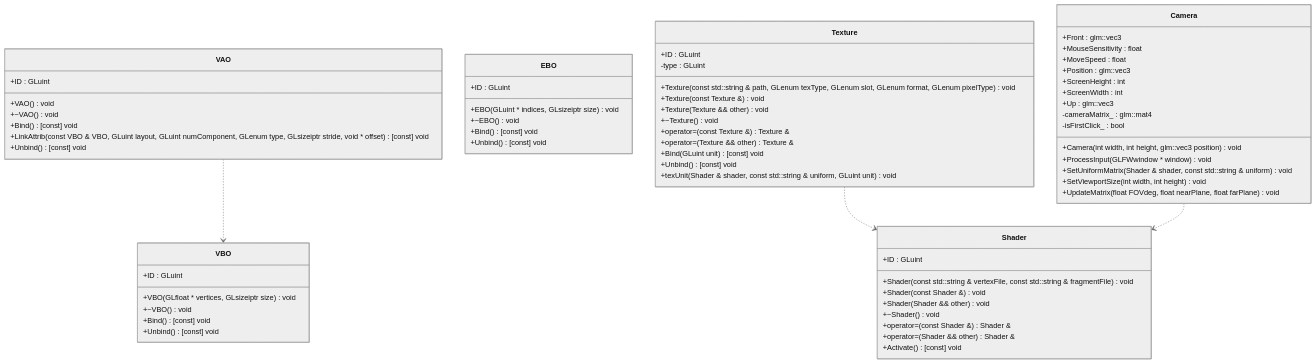
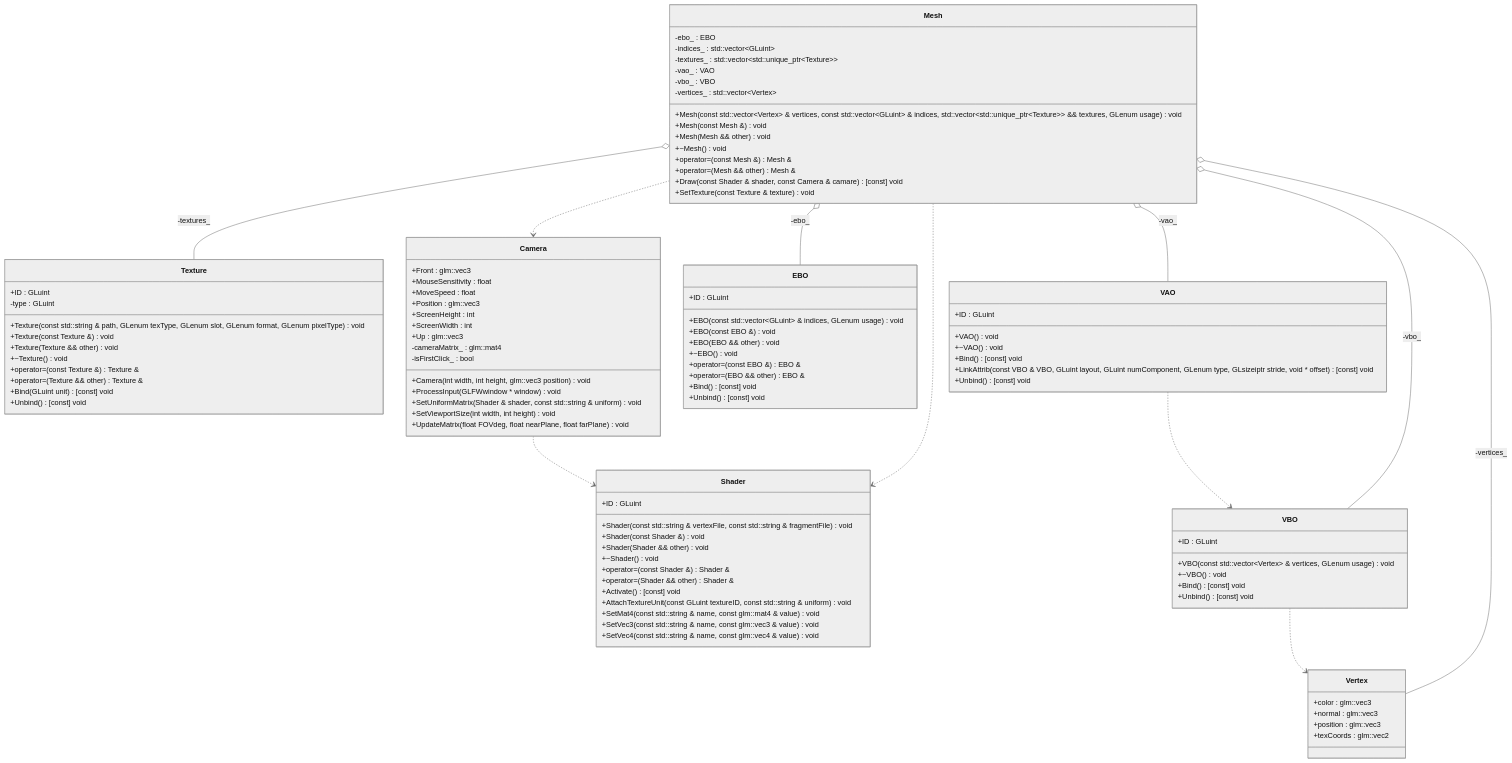
One commit to Montmont20z/CubicaWorld changed the diagram in diagrams/cubica_class.mmd. Above: the diagram before and after it, drawn with Mermaid (neutral theme). The commit also changed 1 other file, not shown here.

Commit message:
update uml diagram

```diff
--- a/diagrams/cubica_class.mmd
+++ b/diagrams/cubica_class.mmd
@@ -1,74 +1,112 @@
 classDiagram
+    class C_0010942968540697269095["Texture"]
+    class C_0010942968540697269095 {
+        +Texture(const std::string & path, GLenum texType, GLenum slot, GLenum format, GLenum pixelType) void
+        +Texture(const Texture &) void
+        +Texture(Texture && other) void
+        +~Texture() void
+        +operator=(const Texture &) Texture &
+        +operator=(Texture && other) Texture &
+        +Bind(GLuint unit) [const] void
+        +Unbind() [const] void
+        +ID : GLuint
+        -type : GLuint
+    }
     class C_0014899929896336503560["Shader"]
     class C_0014899929896336503560 {
         +Shader(const std::string & vertexFile, const std::string & fragmentFile) void
         +Shader(const Shader &) void
         +Shader(Shader && other) void
         +~Shader() void
         +operator=(const Shader &) Shader &
         +operator=(Shader && other) Shader &
         +Activate() [const] void
+        +AttachTextureUnit(const GLuint textureID, const std::string & uniform) void
+        +SetMat4(const std::string & name, const glm::mat4 & value) void
+        +SetVec3(const std::string & name, const glm::vec3 & value) void
+        +SetVec4(const std::string & name, const glm::vec4 & value) void
         +ID : GLuint
+    }
+    class C_0014704110374031903259["Vertex"]
+    class C_0014704110374031903259 {
+        +color : glm::vec3
+        +normal : glm::vec3
+        +position : glm::vec3
+        +texCoords : glm::vec2
     }
     class C_0006077809002304625189["VBO"]
     class C_0006077809002304625189 {
-        +VBO(GLfloat * vertices, GLsizeiptr size) void
+        +VBO(const std::vector&lt;Vertex&gt; & vertices, GLenum usage) void
         +~VBO() void
         +Bind() [const] void
         +Unbind() [const] void
         +ID : GLuint
     }
     class C_0005533647331416267481["VAO"]
     class C_0005533647331416267481 {
         +VAO() void
         +~VAO() void
         +Bind() [const] void
         +LinkAttrib(const VBO & VBO, GLuint layout, GLuint numComponent, GLenum type, GLsizeiptr stride, void * offset) [const] void
         +Unbind() [const] void
         +ID : GLuint
     }
     class C_0004105051469622735371["EBO"]
     class C_0004105051469622735371 {
-        +EBO(GLuint * indices, GLsizeiptr size) void
+        +EBO(const std::vector&lt;GLuint&gt; & indices, GLenum usage) void
+        +EBO(const EBO &) void
+        +EBO(EBO && other) void
         +~EBO() void
+        +operator=(const EBO &) EBO &
+        +operator=(EBO && other) EBO &
         +Bind() [const] void
         +Unbind() [const] void
         +ID : GLuint
-    }
-    class C_0010942968540697269095["Texture"]
-    class C_0010942968540697269095 {
-        +Texture(const std::string & path, GLenum texType, GLenum slot, GLenum format, GLenum pixelType) void
-        +Texture(const Texture &) void
-        +Texture(Texture && other) void
-        +~Texture() void
-        +operator=(const Texture &) Texture &
-        +operator=(Texture && other) Texture &
-        +Bind(GLuint unit) [const] void
-        +Unbind() [const] void
-        +texUnit(Shader & shader, const std::string & uniform, GLuint unit) void
-        +ID : GLuint
-        -type : GLuint
     }
     class C_0005049148943034209802["Camera"]
     class C_0005049148943034209802 {
         +Camera(int width, int height, glm::vec3 position) void
         +ProcessInput(GLFWwindow * window) void
         +SetUniformMatrix(Shader & shader, const std::string & uniform) void
         +SetViewportSize(int width, int height) void
         +UpdateMatrix(float FOVdeg, float nearPlane, float farPlane) void
         +Front : glm::vec3
         +MouseSensitivity : float
         +MoveSpeed : float
         +Position : glm::vec3
         +ScreenHeight : int
         +ScreenWidth : int
         +Up : glm::vec3
         -cameraMatrix_ : glm::mat4
         -isFirstClick_ : bool
     }
+    class C_0013865567801987631274["Mesh"]
+    class C_0013865567801987631274 {
+        +Mesh(const std::vector&lt;Vertex&gt; & vertices, const std::vector&lt;GLuint&gt; & indices, std::vector&lt;std::unique_ptr&lt;Texture&gt;&gt; && textures, GLenum usage) void
+        +Mesh(const Mesh &) void
+        +Mesh(Mesh && other) void
+        +~Mesh() void
+        +operator=(const Mesh &) Mesh &
+        +operator=(Mesh && other) Mesh &
+        +Draw(const Shader & shader, const Camera & camare) [const] void
+        +SetTexture(const Texture & texture) void
+        -ebo_ : EBO
+        -indices_ : std::vector&lt;GLuint&gt;
+        -textures_ : std::vector&lt;std::unique_ptr&lt;Texture&gt;&gt;
+        -vao_ : VAO
+        -vbo_ : VBO
+        -vertices_ : std::vector&lt;Vertex&gt;
+    }
+    C_0006077809002304625189 ..> C_0014704110374031903259 : 
     C_0005533647331416267481 ..> C_0006077809002304625189 : 
-    C_0010942968540697269095 ..> C_0014899929896336503560 : 
     C_0005049148943034209802 ..> C_0014899929896336503560 : 
+    C_0013865567801987631274 ..> C_0014899929896336503560 : 
+    C_0013865567801987631274 ..> C_0005049148943034209802 : 
+    C_0013865567801987631274 o-- C_0005533647331416267481 : -vao_
+    C_0013865567801987631274 o-- C_0006077809002304625189 : -vbo_
+    C_0013865567801987631274 o-- C_0004105051469622735371 : -ebo_
+    C_0013865567801987631274 o-- C_0010942968540697269095 : -textures_
+    C_0013865567801987631274 o-- C_0014704110374031903259 : -vertices_
 
 %% Generated with clang-uml, version 0.6.2-25-g5e2993e
 %% LLVM version Debian clang version 19.1.7 (3+b1)
```
